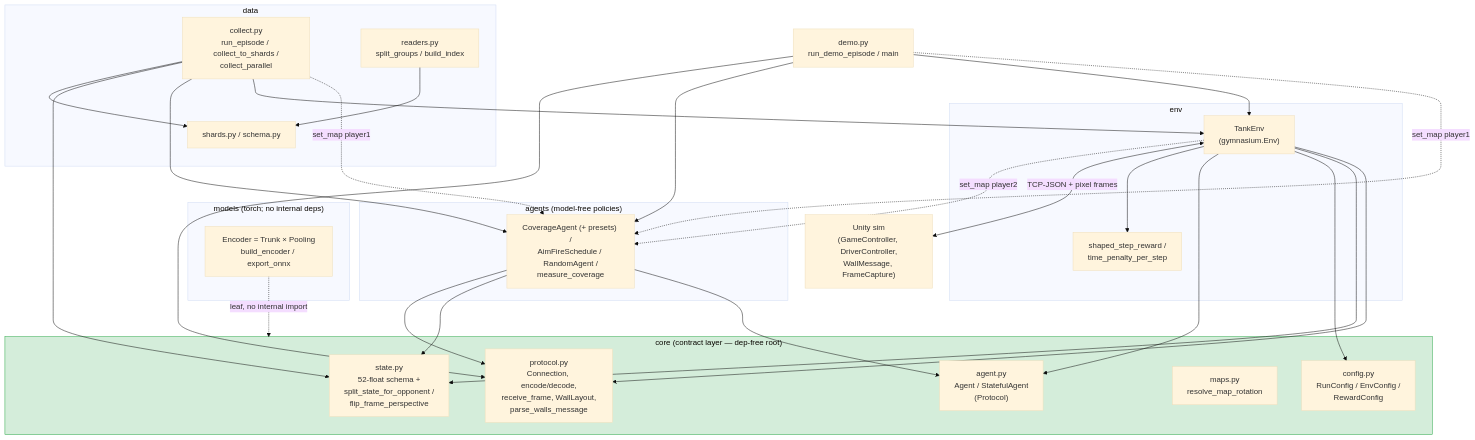
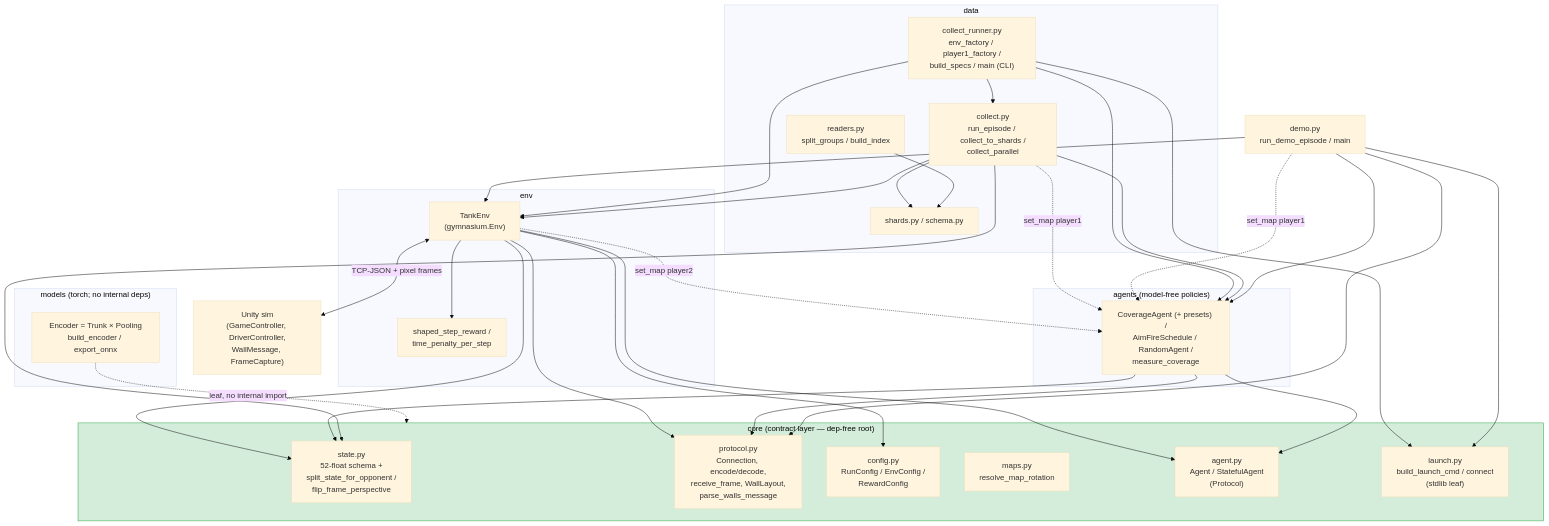
One commit to urciuolim/TankTwinStickShooter changed the diagram in docs/architecture.md. Above: the diagram before and after it, drawn with Mermaid (base theme). The commit also changed other lines of this file and 5 other files, not shown here.

First line of the commit message:
docs: document Phase A -- the multi-worker collection CLI + core.launch

````diff
--- a/docs/architecture.md
+++ b/docs/architecture.md
@@ -27,69 +27,76 @@
 ```mermaid
 graph TD
     subgraph core["core (contract layer — dep-free root)"]
         State["state.py<br/>52-float schema +<br/>split_state_for_opponent /<br/>flip_frame_perspective"]
         Protocol["protocol.py<br/>Connection, encode/decode,<br/>receive_frame, WallLayout,<br/>parse_walls_message"]
         Config["config.py<br/>RunConfig / EnvConfig /<br/>RewardConfig"]
         Maps["maps.py<br/>resolve_map_rotation"]
         AgentProto["agent.py<br/>Agent / StatefulAgent<br/>(Protocol)"]
+        Launch["launch.py<br/>build_launch_cmd / connect<br/>(stdlib leaf)"]
     end
 
     subgraph models["models (torch; no internal deps)"]
         Encoder["Encoder = Trunk × Pooling<br/>build_encoder / export_onnx"]
     end
 
     subgraph agents["agents (model-free policies)"]
         AgentImpls["CoverageAgent (+ presets) /<br/>AimFireSchedule / RandomAgent /<br/>measure_coverage"]
     end
 
     subgraph env["env"]
         TankEnv["TankEnv<br/>(gymnasium.Env)"]
         Rewards["shaped_step_reward /<br/>time_penalty_per_step"]
     end
 
     subgraph data["data"]
+        Runner["collect_runner.py<br/>env_factory / player1_factory /<br/>build_specs / main (CLI)"]
         Collect["collect.py<br/>run_episode / collect_to_shards /<br/>collect_parallel"]
         Shards["shards.py / schema.py"]
         Readers["readers.py<br/>split_groups / build_index"]
     end
 
     Demo["demo.py<br/>run_demo_episode / main"]
 
     Unity["Unity sim<br/>(GameController, DriverController,<br/>WallMessage, FrameCapture)"]
 
     %% env wiring
     TankEnv --> Protocol
     TankEnv --> State
     TankEnv --> Config
     TankEnv --> AgentProto
     TankEnv --> Rewards
     TankEnv <-->|TCP-JSON + pixel frames| Unity
 
     %% agents wiring
     AgentImpls --> AgentProto
     AgentImpls --> State
     AgentImpls --> Protocol
 
     %% map hook: WallLayout reaches a map-aware agent via the optional set_map hook
     TankEnv -.->|set_map player2| AgentImpls
     Collect -.->|set_map player1| AgentImpls
     Demo -.->|set_map player1| AgentImpls
 
     %% models wiring
     Encoder -.->|leaf, no internal import| core
 
     %% data wiring
+    Runner --> Collect
+    Runner --> Launch
+    Runner --> TankEnv
+    Runner --> AgentImpls
     Collect --> TankEnv
     Collect --> AgentImpls
     Collect --> State
     Collect --> Shards
     Readers --> Shards
 
     %% demo wiring
     Demo --> TankEnv
     Demo --> AgentImpls
     Demo --> Protocol
+    Demo --> Launch
 
     classDef root fill:#d4edda,stroke:#28a745;
     class core root;
 ```
````
